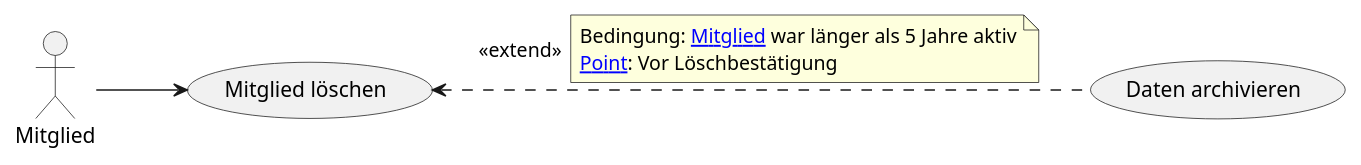
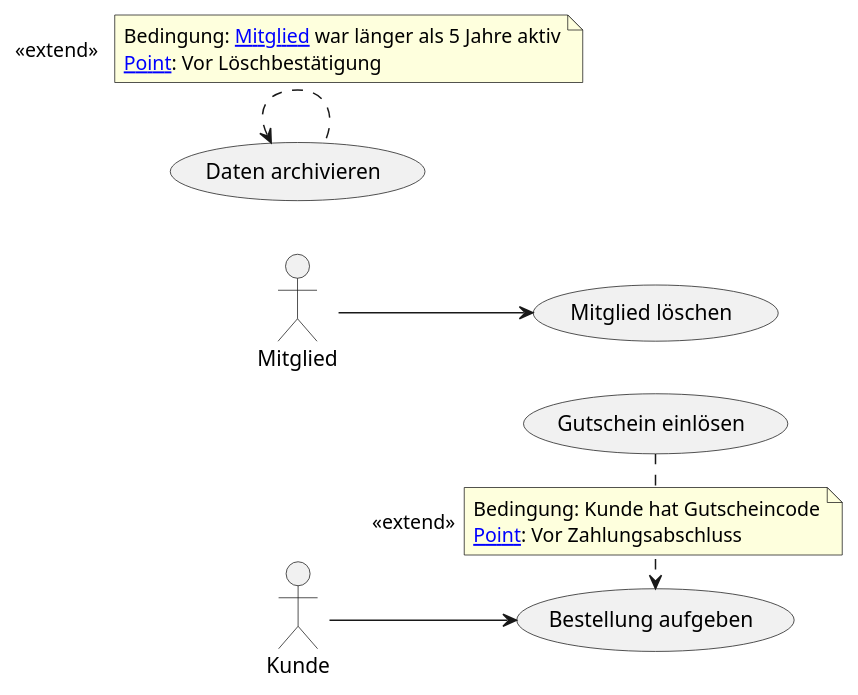
Before and after one commit to theEdguy/Obsidian: the diagram in zettel/Extend_Beziehung.md, drawn with PlantUML. The commit also changed other lines of this file and 490 other files, not shown here.

```diff
--- a/zettel/Extend_Beziehung.md
+++ b/zettel/Extend_Beziehung.md
@@ -21,14 +22,24 @@
 @startuml
 left to right direction
 actor Mitglied as m
+actor Kunde as k
 
 usecase "Mitglied löschen" as UC1
 usecase "Daten archivieren" as UC2
+usecase "Bestellung aufgeben" as UC3
+usecase "Gutschein einlösen" as UC4
 
 m --> UC1
-UC1 <.. UC2 : <<extend>>
+UC2 <.. UC2 : <<extend>>
 note right on link
   Bedingung: [[Mitglied]] war länger als 5 Jahre aktiv
   [[Extension_Point|Extension Point]]: Vor Löschbestätigung
 end note
+
+k --> UC3
+UC4 .> UC3 : <<extend>>
+note right on link
+  Bedingung: Kunde hat Gutscheincode
+  [[Extension_Point|Extension Point]]: Vor Zahlungsabschluss
+end note
 @enduml
```
